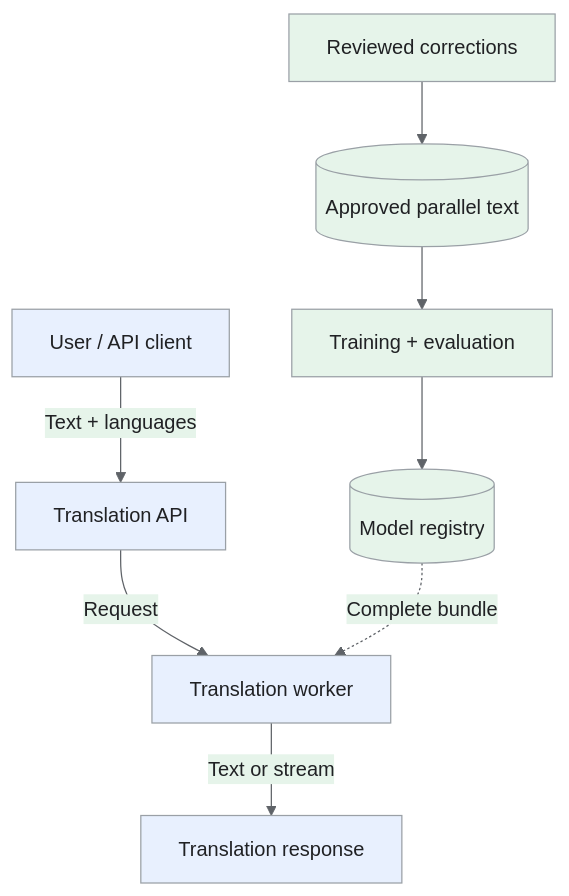
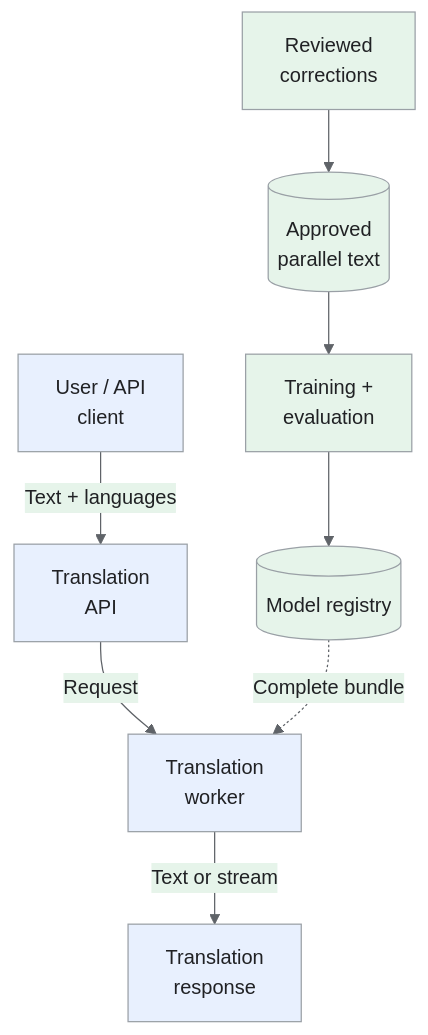
Before and after one commit to iliazlobin/iliazlobin.github.io: the first of 5 diagrams in _designs/ml-system-design-machine-translation.md, drawn with Mermaid. The commit also changed other lines of this file and 116 other files, not shown here.

````diff
--- a/_designs/ml-system-design-machine-translation.md
+++ b/_designs/ml-system-design-machine-translation.md
@@ -147,17 +133,17 @@
 ```mermaid
 %%{init: {'theme':'base','themeVariables':{'primaryColor':'#e8f0fe','primaryTextColor':'#202124','primaryBorderColor':'#9aa0a6','lineColor':'#5f6368','secondaryColor':'#e6f4ea','tertiaryColor':'#fef7e0','actorBkg':'#e8f0fe','actorBorder':'#9aa0a6','actorTextColor':'#202124','noteBkgColor':'#fef7e0','noteTextColor':'#202124','noteBorderColor':'#9aa0a6','signalColor':'#5f6368','signalTextColor':'#202124','labelBoxBkgColor':'#fef7e0','labelBoxBorderColor':'#9aa0a6'}}}%%
 flowchart TB
-  U["User / API client"] -->|"Text + languages"| API["Translation API"]
-  API -->|"Request"| WORKER["Translation worker"]
-  WORKER -->|"Text or stream"| RESULT["Translation response"]
-  CORPUS[("Approved parallel text")] --> TRAIN["Training + evaluation"]
+  U["User / API<br>client"] -->|"Text + languages"| API["Translation<br>API"]
+  API -->|"Request"| WORKER["Translation<br>worker"]
+  WORKER -->|"Text or stream"| RESULT["Translation<br>response"]
+  CORPUS[("Approved<br>parallel text")] --> TRAIN["Training +<br>evaluation"]
   TRAIN --> REG[("Model registry")]
   REG -.->|"Complete bundle"| WORKER
-  FEEDBACK["Reviewed corrections"] --> CORPUS
+  FEEDBACK["Reviewed<br>corrections"] --> CORPUS
 classDef request fill:#e8f0fe,stroke:#9aa0a6,color:#202124;
 classDef data fill:#e6f4ea,stroke:#9aa0a6,color:#202124;
 classDef control fill:#fef7e0,stroke:#9aa0a6,color:#202124;
 class U,API,WORKER,RESULT request;
 class CORPUS,TRAIN,REG,FEEDBACK data;
 
 ```
````
